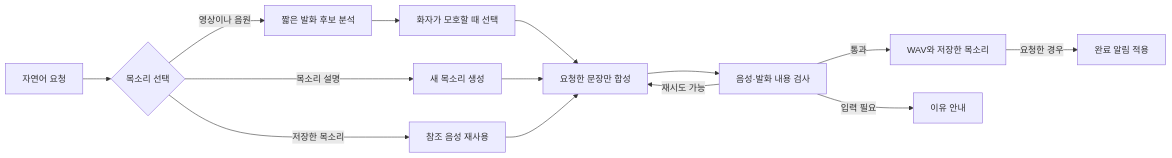
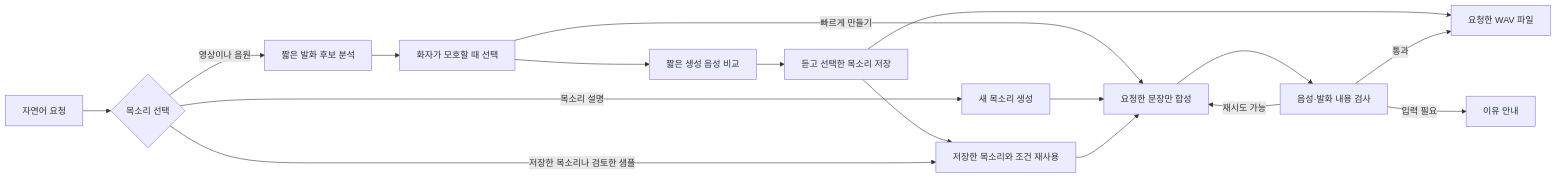
One commit to t1seo/voice-of-karina changed the diagram in README.ko.md. Above: the diagram before and after it, drawn with Mermaid. The commit also changed other lines of this file and 95 other files, not shown here.

````diff
--- a/README.ko.md
+++ b/README.ko.md
@@ -51,16 +65,19 @@
 ```mermaid
 flowchart LR
     A[자연어 요청] --> B{목소리 선택}
     B -->|영상이나 음원| C[짧은 발화 후보 분석]
     C --> D[화자가 모호할 때 선택]
+    D --> P[짧은 생성 음성 비교]
+    P --> Q[듣고 선택한 목소리 저장]
+    Q --> I[요청한 WAV 파일]
+    Q --> F[저장한 목소리와 조건 재사용]
     B -->|목소리 설명| E[새 목소리 생성]
-    B -->|저장한 목소리| F[참조 음성 재사용]
-    D --> G[요청한 문장만 합성]
+    B -->|저장한 목소리나 검토한 샘플| F
+    D -->|빠르게 만들기| G[요청한 문장만 합성]
     E --> G
     F --> G
     G --> H[음성·발화 내용 검사]
-    H -->|통과| I[WAV와 저장한 목소리]
+    H -->|통과| I
     H -->|재시도 가능| G
     H -->|입력 필요| J[이유 안내]
-    I -->|요청한 경우| K[완료 알림 적용]
 ```
````
